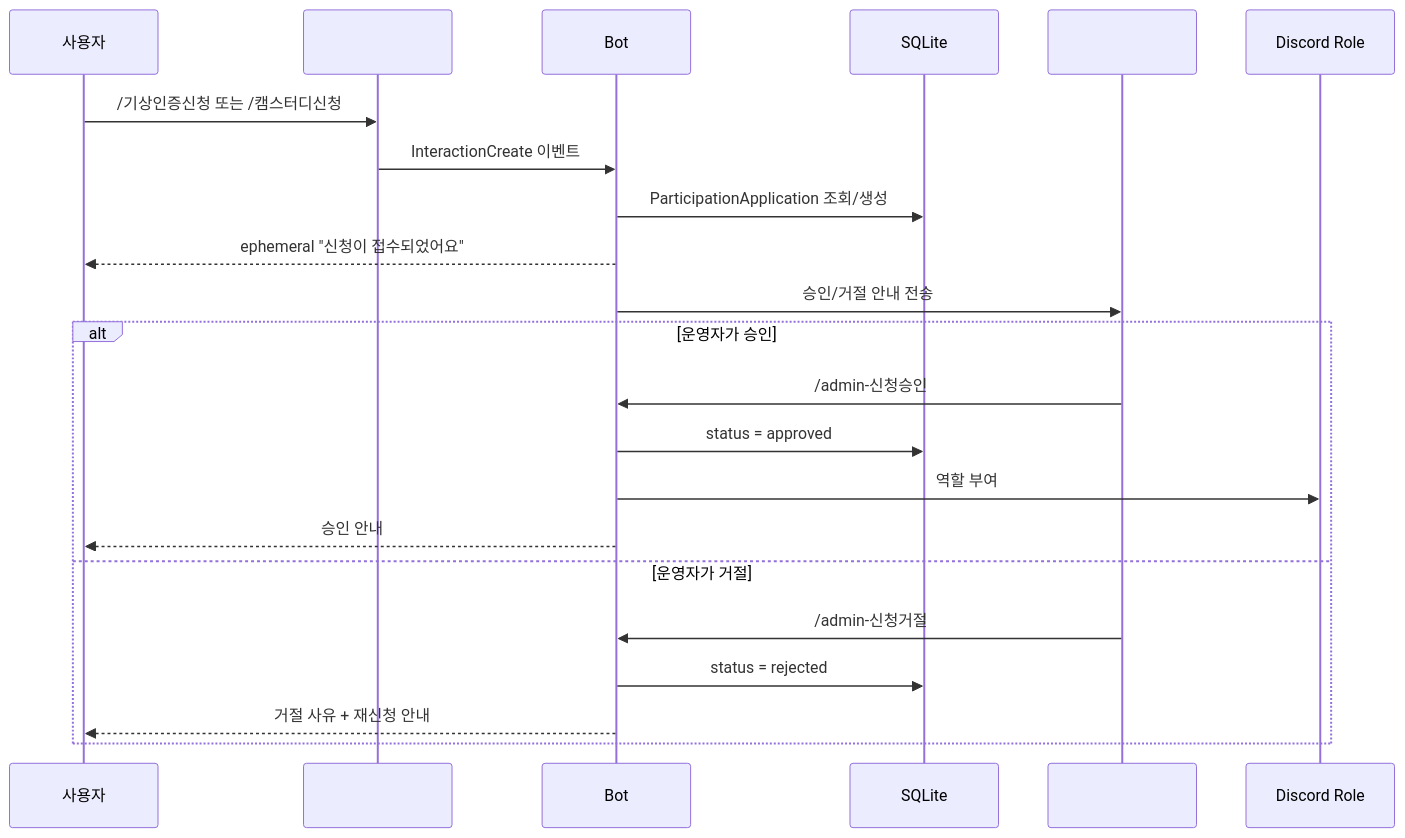
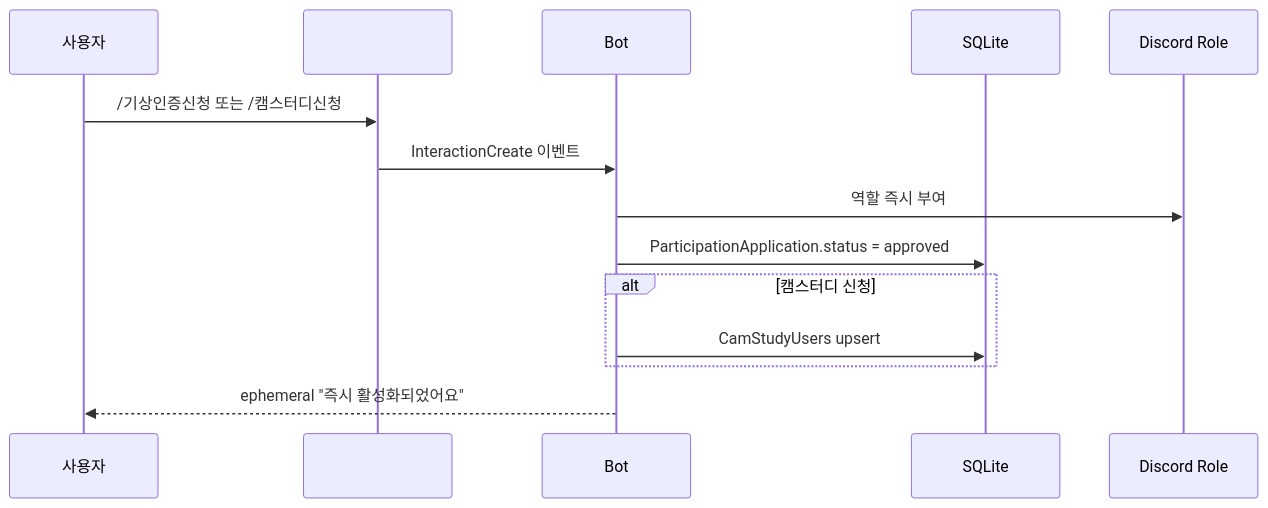
The second of 16 diagrams in docs/USER_STORIES.md (honki12345/haruharu-discord-bot), drawn with Mermaid before and after one commit. The commit also changed other lines of this file and 22 other files, not shown here.

````diff
--- a/docs/USER_STORIES.md
+++ b/docs/USER_STORIES.md
@@ -53,26 +54,17 @@
 ```mermaid
 sequenceDiagram
     participant U as 사용자
     participant A as #apply
     participant B as Bot
     participant DB as SQLite
-    participant O as #ops
     participant D as Discord Role
 
     U->>A: /기상인증신청 또는 /캠스터디신청
     A->>B: InteractionCreate 이벤트
-    B->>DB: ParticipationApplication 조회/생성
-    B-->>U: ephemeral "신청이 접수되었어요"
-    B->>O: 승인/거절 안내 전송
-
-    alt 운영자가 승인
-        O->>B: /admin-신청승인
-        B->>DB: status = approved
-        B->>D: 역할 부여
-        B-->>U: 승인 안내
-    else 운영자가 거절
-        O->>B: /admin-신청거절
-        B->>DB: status = rejected
-        B-->>U: 거절 사유 + 재신청 안내
+    B->>D: 역할 즉시 부여
+    B->>DB: ParticipationApplication.status = approved
+    alt 캠스터디 신청
+        B->>DB: CamStudyUsers upsert
     end
+    B-->>U: ephemeral "즉시 활성화되었어요"
 ```
````
